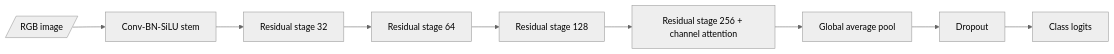
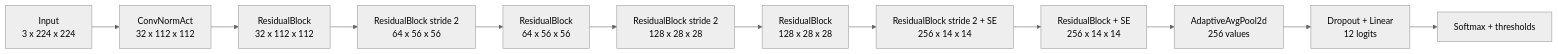
One commit to elite3012/AI-Object-Detection-Continual-Learning changed the third of 5 diagrams in DESIGN_REPORT_IP102.md. Above: the diagram before and after it, drawn with Mermaid (neutral theme). The commit also changed other lines of this file and 2 other files, not shown here.

````diff
--- a/DESIGN_REPORT_IP102.md
+++ b/DESIGN_REPORT_IP102.md
@@ -1041,14 +120,14 @@
 ```mermaid
 flowchart LR
-    image[/RGB image/]
-    stem["Conv-BN-SiLU stem"]
-    s1["Residual stage 32"]
-    s2["Residual stage 64"]
-    s3["Residual stage 128"]
-    s4["Residual stage 256 + channel attention"]
-    pool["Global average pool"]
-    drop["Dropout"]
-    logits["Class logits"]
-
-    image --> stem --> s1 --> s2 --> s3 --> s4 --> pool --> drop --> logits
+    input["Input<br/>3 x 224 x 224"] --> stem["ConvNormAct<br/>32 x 112 x 112"]
+    stem --> r32["ResidualBlock<br/>32 x 112 x 112"]
+    r32 --> r64a["ResidualBlock stride 2<br/>64 x 56 x 56"]
+    r64a --> r64b["ResidualBlock<br/>64 x 56 x 56"]
+    r64b --> r128a["ResidualBlock stride 2<br/>128 x 28 x 28"]
+    r128a --> r128b["ResidualBlock<br/>128 x 28 x 28"]
+    r128b --> r256a["ResidualBlock stride 2 + SE<br/>256 x 14 x 14"]
+    r256a --> r256b["ResidualBlock + SE<br/>256 x 14 x 14"]
+    r256b --> pool["AdaptiveAvgPool2d<br/>256 values"]
+    pool --> head["Dropout + Linear<br/>12 logits"]
+    head --> gate["Softmax + thresholds"]
 ```
````
